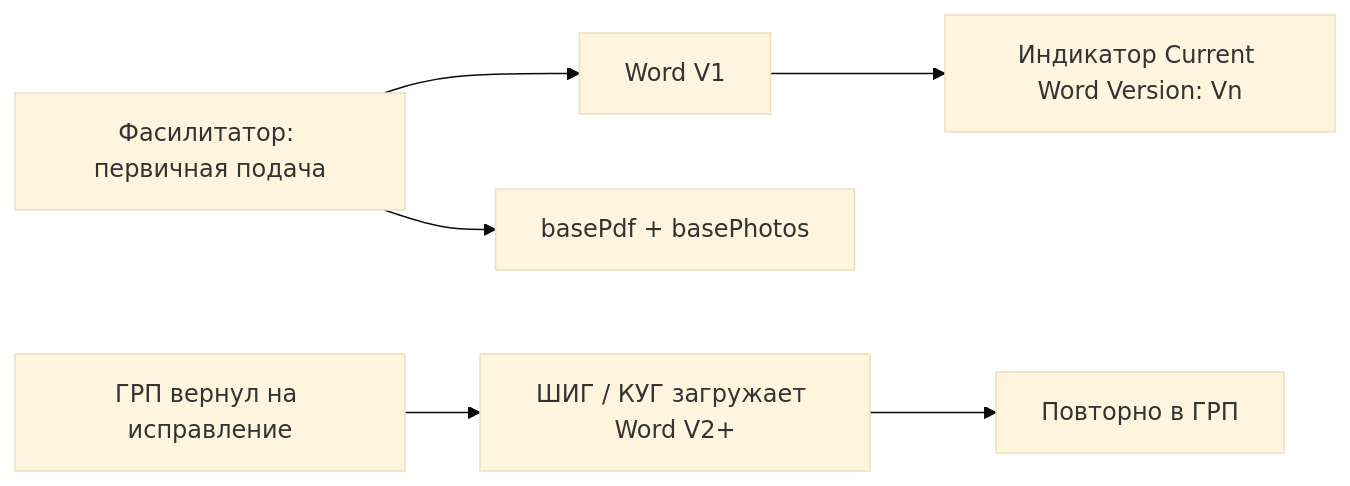
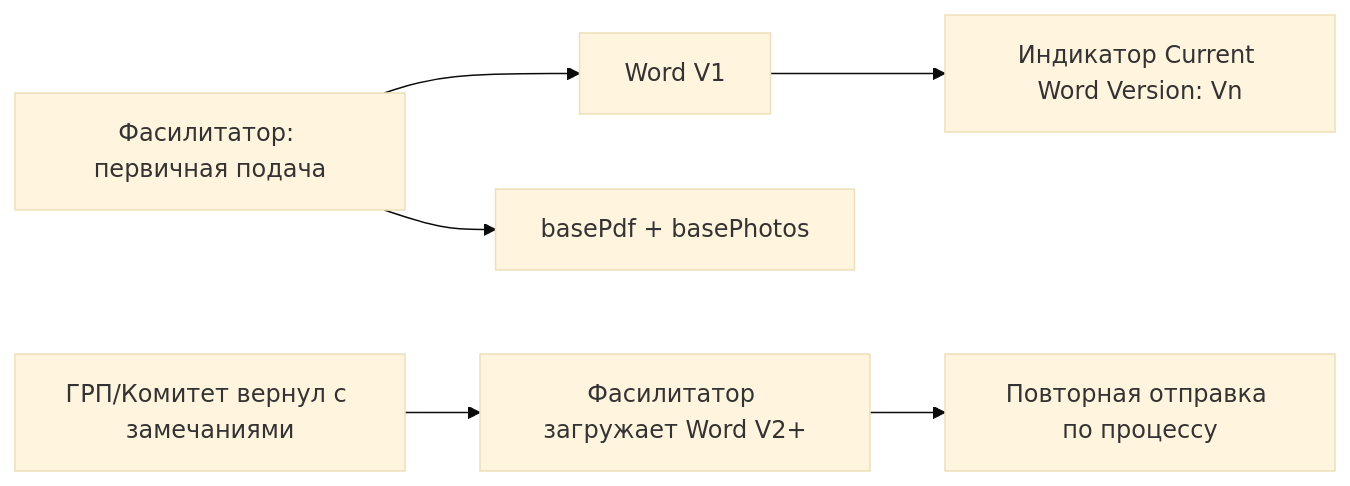
One commit to firka-kh/eip-test changed the third of 3 diagrams in docs/WORKFLOW.md. Above: the diagram before and after it, drawn with Mermaid (base theme). The commit also changed other lines of this file and 51 other files, not shown here.

````diff
--- a/docs/WORKFLOW.md
+++ b/docs/WORKFLOW.md
@@ -145,8 +140,8 @@
 ```mermaid
 flowchart LR
     A[Фасилитатор: первичная подача] --> B[Word V1]
     A --> C[basePdf + basePhotos]
-    D[ГРП вернул на исправление] --> E[ШИГ / КУГ загружает Word V2+]
-    E --> F[Повторно в ГРП]
+    D[ГРП/Комитет вернул с замечаниями] --> E[Фасилитатор загружает Word V2+]
+    E --> F[Повторная отправка по процессу]
     B --> G[Индикатор Current Word Version: Vn]
 ```
````
